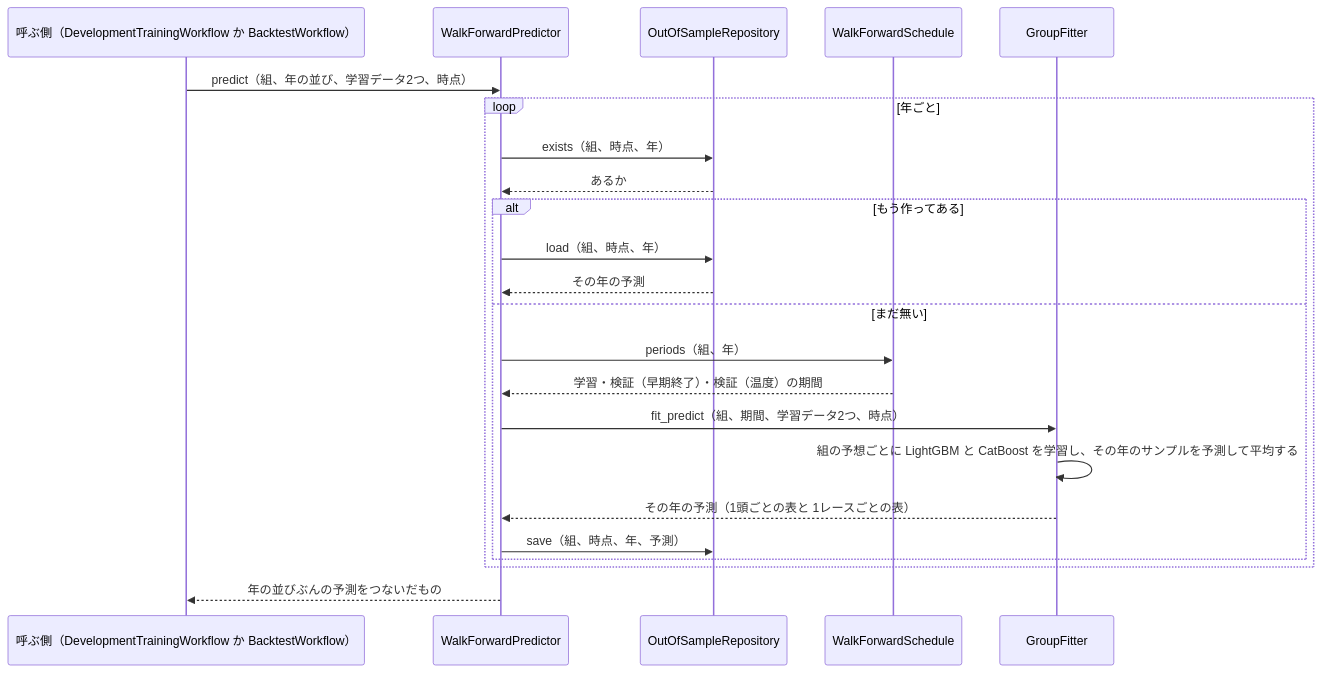
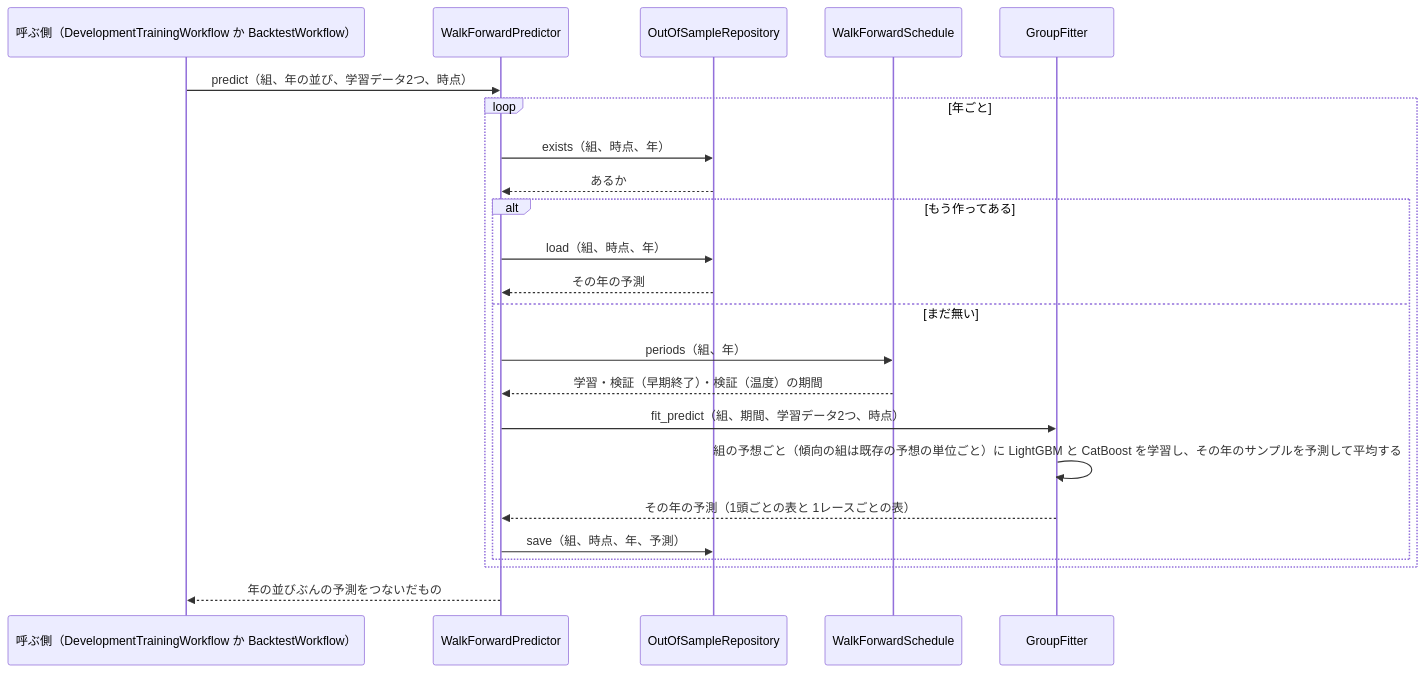
Before and after one commit to ht-0328/keiba-yosou: the fifth of 6 diagrams in docs/design/展開から着順を予想/05-sequence.md, drawn with Mermaid. The commit also changed other lines of this file and 9 other files, not shown here.

````diff
--- a/docs/design/展開から着順を予想/05-sequence.md
+++ b/docs/design/展開から着順を予想/05-sequence.md
@@ -178,25 +188,25 @@
 ```mermaid
 sequenceDiagram
     participant C as 呼ぶ側（DevelopmentTrainingWorkflow か BacktestWorkflow）
     participant WF as WalkForwardPredictor
     participant OS as OutOfSampleRepository
     participant WS as WalkForwardSchedule
     participant GF as GroupFitter
     C->>WF: predict（組、年の並び、学習データ2つ、時点）
     loop 年ごと
         WF->>OS: exists（組、時点、年）
         OS-->>WF: あるか
         alt もう作ってある
             WF->>OS: load（組、時点、年）
             OS-->>WF: その年の予測
         else まだ無い
             WF->>WS: periods（組、年）
             WS-->>WF: 学習・検証（早期終了）・検証（温度）の期間
             WF->>GF: fit_predict（組、期間、学習データ2つ、時点）
-            GF->>GF: 組の予想ごとに LightGBM と CatBoost を学習し、その年のサンプルを予測して平均する
+            GF->>GF: 組の予想ごと（傾向の組は既存の予想の単位ごと）に LightGBM と CatBoost を学習し、その年のサンプルを予測して平均する
             GF-->>WF: その年の予測（1頭ごとの表と 1レースごとの表）
             WF->>OS: save（組、時点、年、予測）
         end
     end
     WF-->>C: 年の並びぶんの予測をつないだもの
 ```
````
